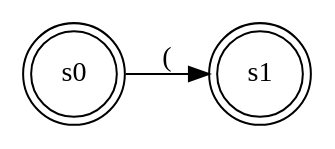
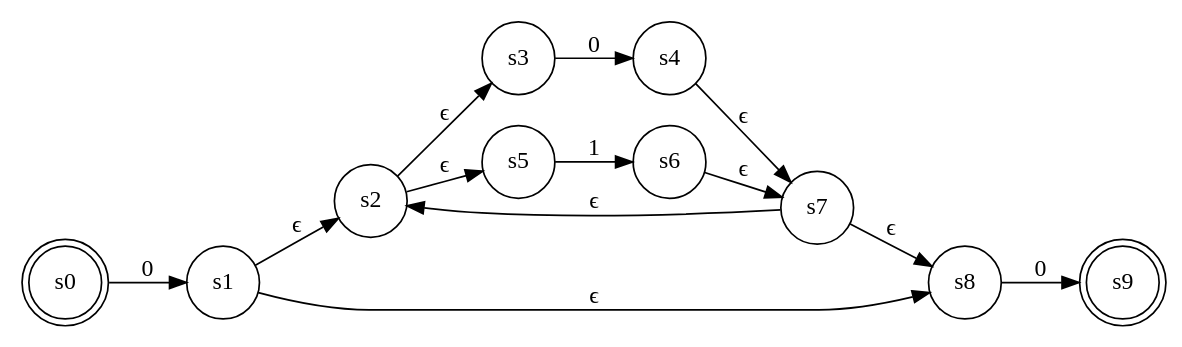
Before and after one commit to amado-developer/PLD_UVG: the diagram in Project_1_Java/FA.gv, drawn with Graphviz. The commit also changed 7 other files, not shown here.

```diff
--- a/Project_1_Java/FA.gv
+++ b/Project_1_Java/FA.gv
@@ -1,10 +1,32 @@
 digraph finite_state_machine {
 	rankdir=LR size="8,5"
 	node [shape=doublecircle]
 	s0
-	s1
+	s9
 
 	node [shape=circle]
-	s0 -> s1 [label="(
+	s0 -> s1 [label=0
+]
+	s1 -> s2 [label="ϵ
 "]
+	s1 -> s8 [label="ϵ
+"]
+	s2 -> s3 [label="ϵ
+"]
+	s2 -> s5 [label="ϵ
+"]
+	s3 -> s4 [label=0
+]
+	s4 -> s7 [label="ϵ
+"]
+	s5 -> s6 [label=1
+]
+	s6 -> s7 [label="ϵ
+"]
+	s7 -> s8 [label="ϵ
+"]
+	s7 -> s2 [label="ϵ
+"]
+	s8 -> s9 [label=0
+]
 }
```
